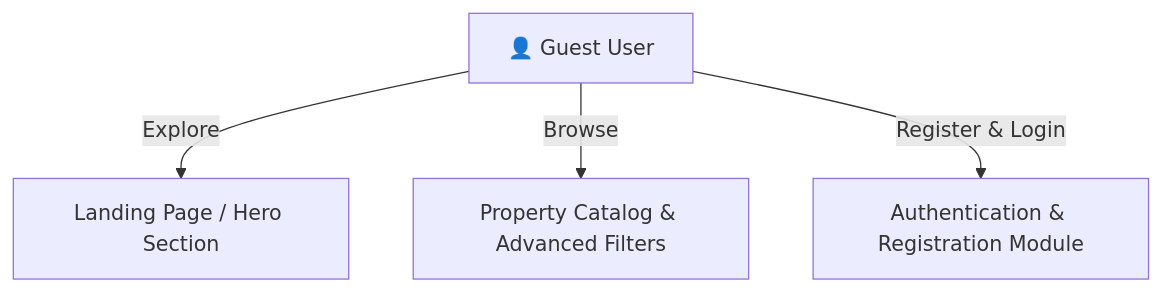
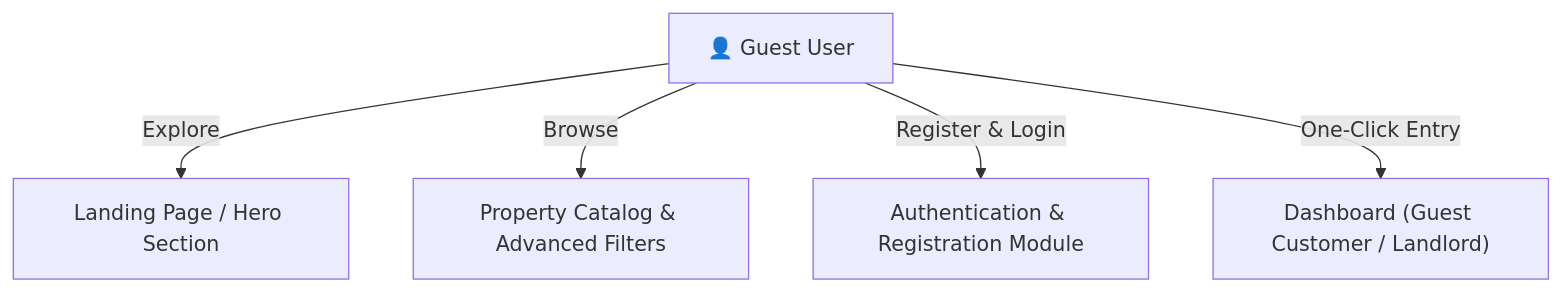
The first of 6 diagrams in rental-portal-frontend/README.md (saksham2882/property-rental-management-system), drawn with Mermaid before and after one commit. The commit also changed other lines of this file and 2 other files, not shown here.

Commit message:
feat: add multi-tenant security architecture and guest mode documentation with corresponding backend README and frontend README files.

````diff
--- a/rental-portal-frontend/README.md
+++ b/rental-portal-frontend/README.md
@@ -126,6 +130,7 @@
 ```mermaid
 flowchart TD
     Guest[👤 Guest User] -->|Explore| Landing["Landing Page / Hero Section"]
     Guest -->|Browse| Search["Property Catalog & Advanced Filters"]
     Guest -->|Register & Login| Auth["Authentication & Registration Module"]
+    Guest -->|One-Click Entry| GuestDashboard["Dashboard (Guest Customer / Landlord)"]
 ```
````
